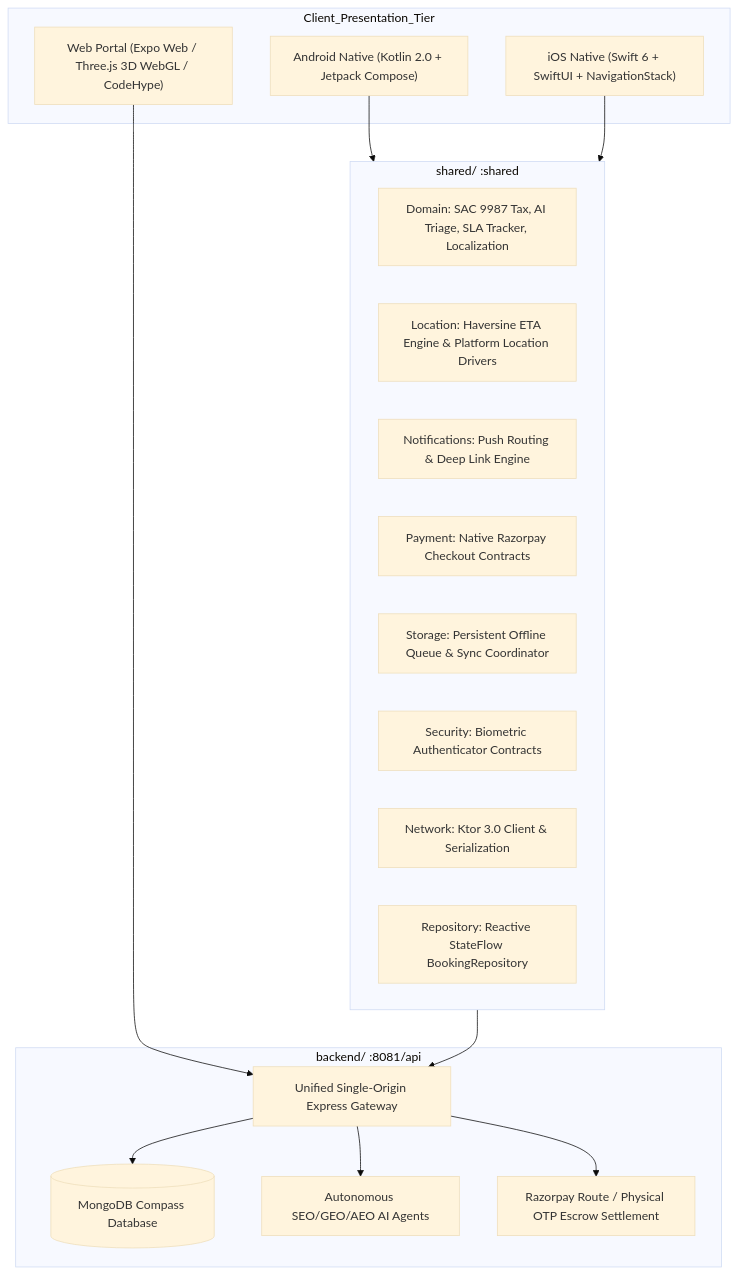
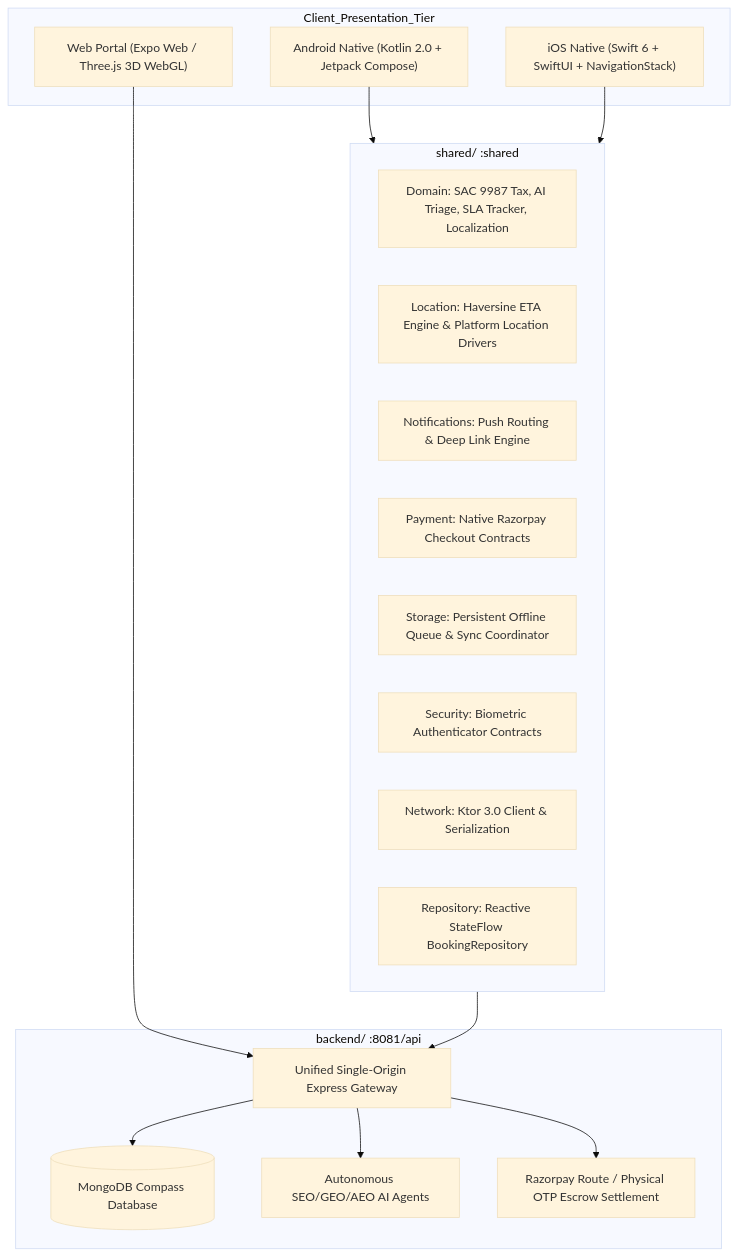
One commit to sheriyakam/sheriyakam changed the diagram in README.md. Above: the diagram before and after it, drawn with Mermaid (base theme). The commit also changed other lines of this file and 10 other files, not shown here.

````diff
--- a/README.md
+++ b/README.md
@@ -22,34 +21,34 @@
 ```mermaid
 graph TD
     subgraph Client_Presentation_Tier
         Android["Android Native (Kotlin 2.0 + Jetpack Compose)"]
         iOS["iOS Native (Swift 6 + SwiftUI + NavigationStack)"]
-        WebExpo["Web Portal (Expo Web / Three.js 3D WebGL / CodeHype)"]
+        WebExpo["Web Portal (Expo Web / Three.js 3D WebGL)"]
     end
 
     subgraph Portable_KMP_Shared_Tier [shared/ :shared]
         Domain["Domain: SAC 9987 Tax, AI Triage, SLA Tracker, Localization"]
         Location["Location: Haversine ETA Engine & Platform Location Drivers"]
         Notifications["Notifications: Push Routing & Deep Link Engine"]
         Payment["Payment: Native Razorpay Checkout Contracts"]
         Storage["Storage: Persistent Offline Queue & Sync Coordinator"]
         Security["Security: Biometric Authenticator Contracts"]
         Network["Network: Ktor 3.0 Client & Serialization"]
         Repo["Repository: Reactive StateFlow BookingRepository"]
     end
 
     subgraph Authoritative_Backend_Tier [backend/ :8081/api]
         Gateway["Unified Single-Origin Express Gateway"]
         MongoDB[("MongoDB Compass Database")]
         Agents["Autonomous SEO/GEO/AEO AI Agents"]
         Escrow["Razorpay Route / Physical OTP Escrow Settlement"]
     end
 
     Android --> Portable_KMP_Shared_Tier
     iOS --> Portable_KMP_Shared_Tier
     Portable_KMP_Shared_Tier --> Gateway
     WebExpo --> Gateway
     Gateway --> MongoDB
     Gateway --> Agents
     Gateway --> Escrow
 ```
````
